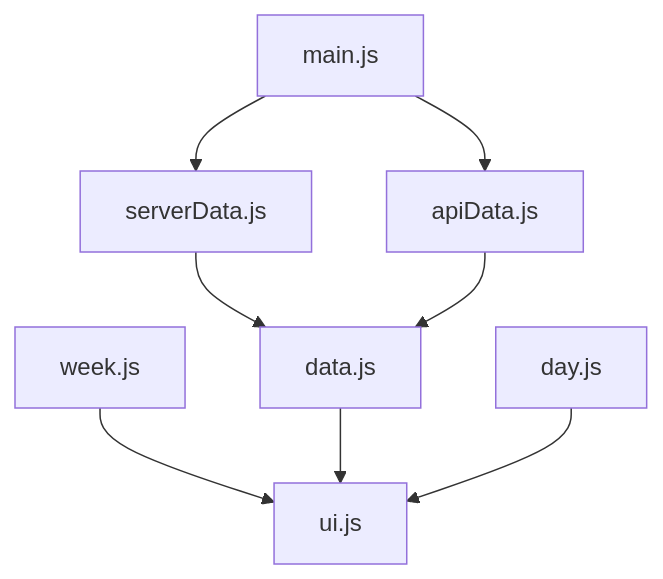
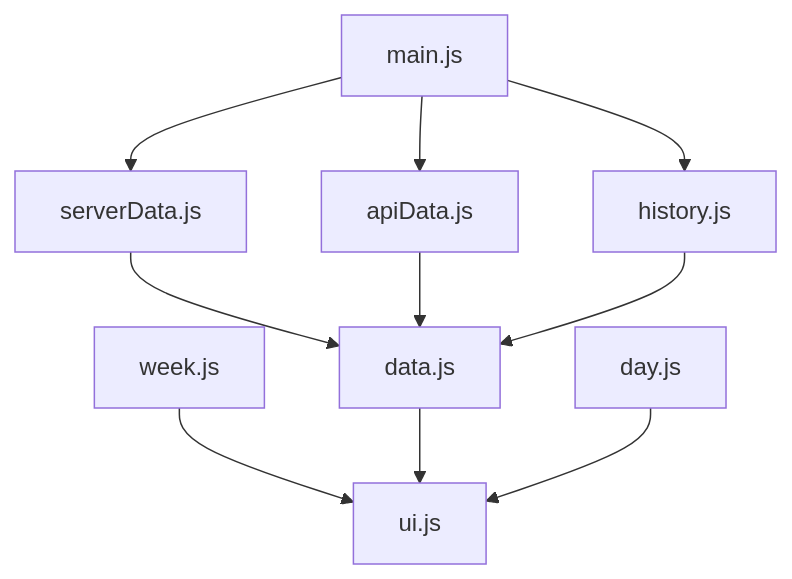
The diagram in docs/Structure.md (ghrlcu06e20l500g/itis_raining), drawn with Mermaid before and after one commit. The commit also changed other lines of this file and 1 other file, not shown here.

````diff
--- a/docs/Structure.md
+++ b/docs/Structure.md
@@ -21,10 +23,12 @@
 ``` mermaid
     flowchart
     main.js --> serverData.js
     main.js --> apiData.js
+    main.js --> history.js
     serverData.js --> data.js
     apiData.js --> data.js
+    history.js --> data.js
     week.js --> ui.js
     data.js --> ui.js
     day.js --> ui.js
 ```
````
